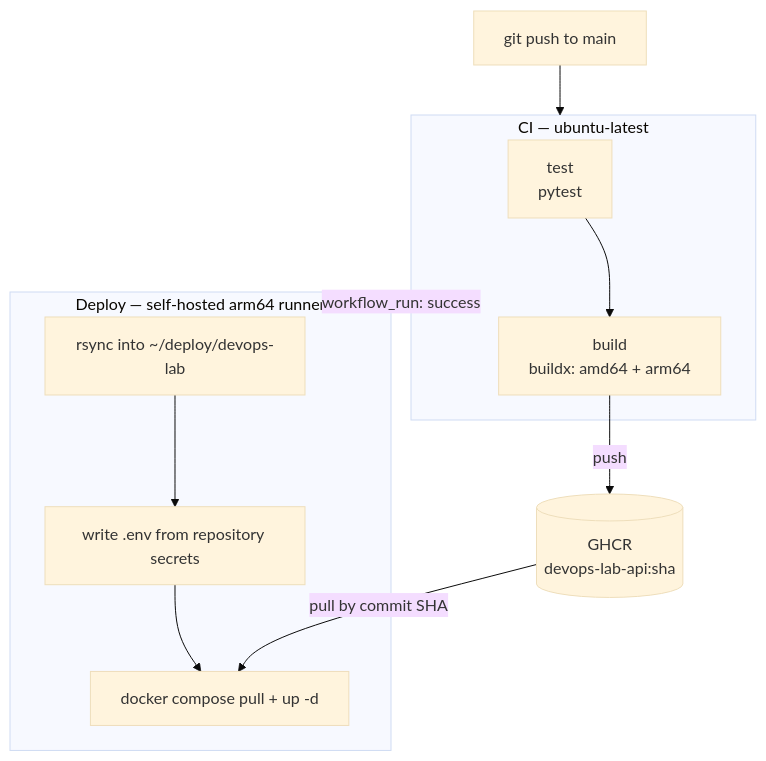
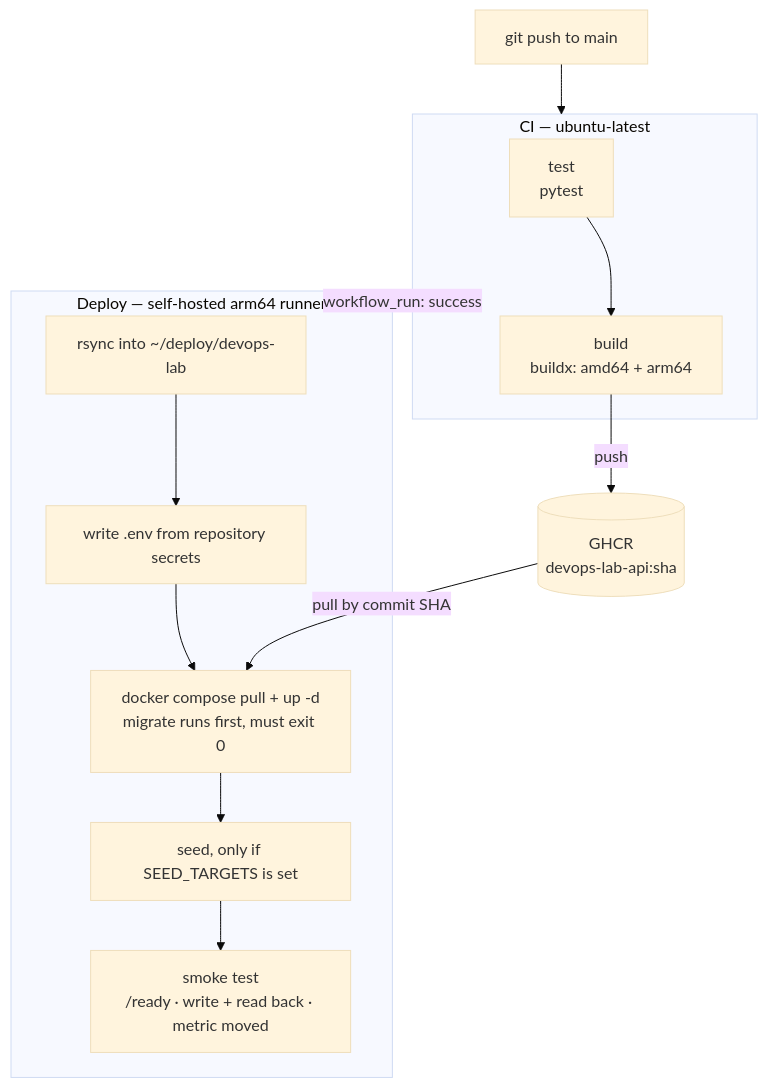
The first of 3 diagrams in README.md (hennifant/devops-lab), drawn with Mermaid (base theme) before and after one commit. The commit also changed other lines of this file and 30 other files, not shown here.

````diff
--- a/README.md
+++ b/README.md
@@ -20,22 +21,24 @@
 ```mermaid
 flowchart TD
     push["git push to main"]
 
     subgraph ci["CI — ubuntu-latest"]
         test["test<br/>pytest"] --> build["build<br/>buildx: amd64 + arm64"]
     end
 
     ghcr[("GHCR<br/>devops-lab-api:sha")]
 
     subgraph deploy["Deploy — self-hosted arm64 runner"]
         sync["rsync into ~/deploy/devops-lab"]
         writeenv["write .env from repository secrets"]
-        composeup["docker compose pull + up -d"]
-        sync --> writeenv --> composeup
+        composeup["docker compose pull + up -d<br/>migrate runs first, must exit 0"]
+        seed["seed, only if SEED_TARGETS is set"]
+        smoke["smoke test<br/>/ready · write + read back · metric moved"]
+        sync --> writeenv --> composeup --> seed --> smoke
     end
 
     push --> ci
     build -->|push| ghcr
     ci -->|"workflow_run: success"| deploy
     ghcr -->|"pull by commit SHA"| composeup
 ```
````
